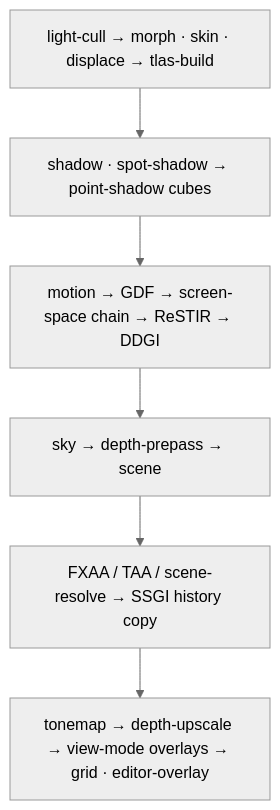
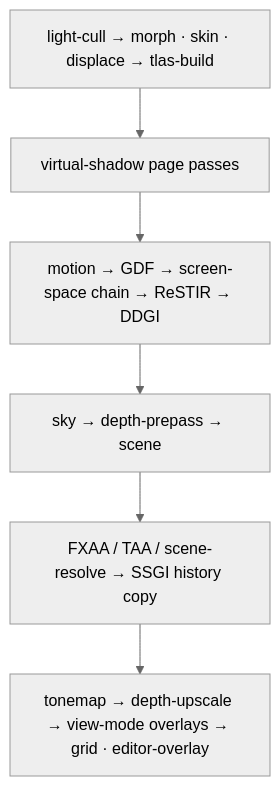
Before and after one commit to saffronjam/SaffronEngine: the diagram in docs/content/explanations/frame-and-render-graph/who-can-add-passes.md, drawn with Mermaid (neutral theme). The commit also changed other lines of this file and 3 other files, not shown here.

First line of the commit message:
docs: cover graph buffers and indirect usages

````diff
--- a/docs/content/explanations/frame-and-render-graph/who-can-add-passes.md
+++ b/docs/content/explanations/frame-and-render-graph/who-can-add-passes.md
@@ -29,8 +35,8 @@
 ```mermaid
 flowchart TD
-    A["light-cull → morph · skin · displace → tlas-build"] --> B["shadow · spot-shadow → point-shadow cubes"]
+    A["light-cull → morph · skin · displace → tlas-build"] --> B["virtual-shadow page passes"]
     B --> C["motion → GDF → screen-space chain → ReSTIR → DDGI"]
     C --> D["sky → depth-prepass → scene"]
     D --> E["FXAA / TAA / scene-resolve → SSGI history copy"]
     E --> F["tonemap → depth-upscale → view-mode overlays → grid · editor-overlay"]
 ```
````
